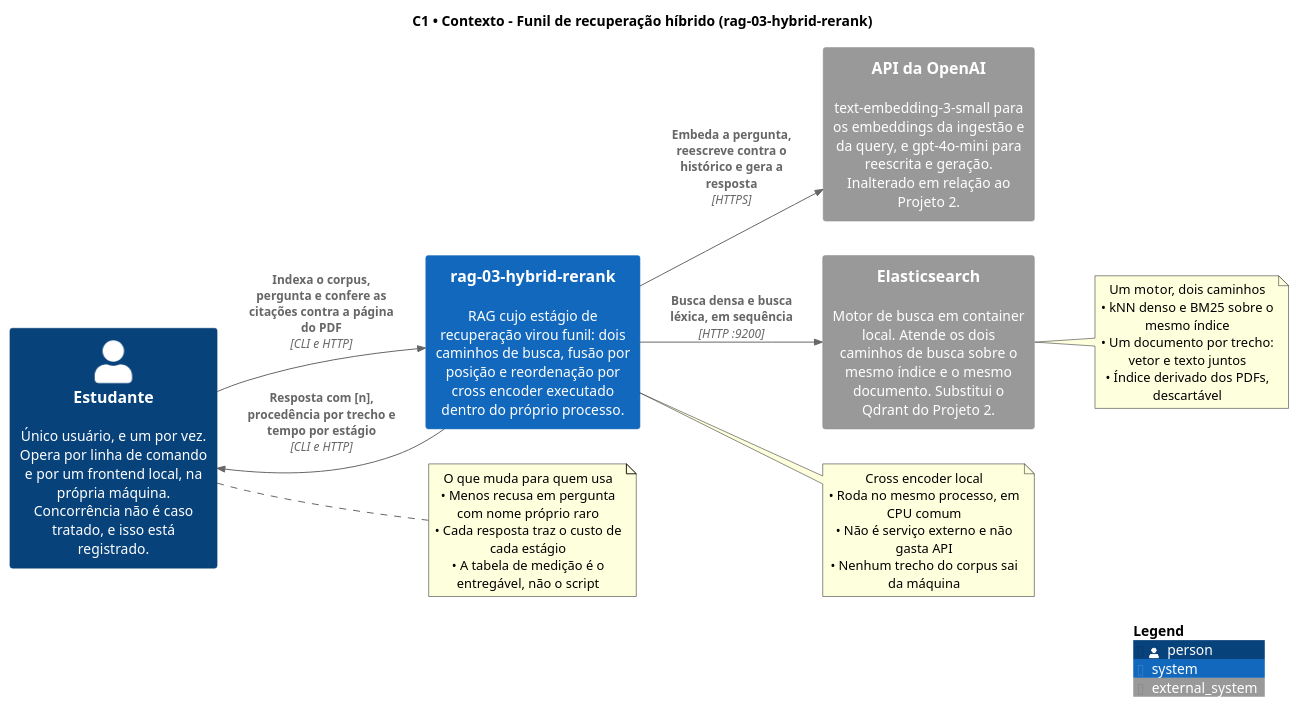
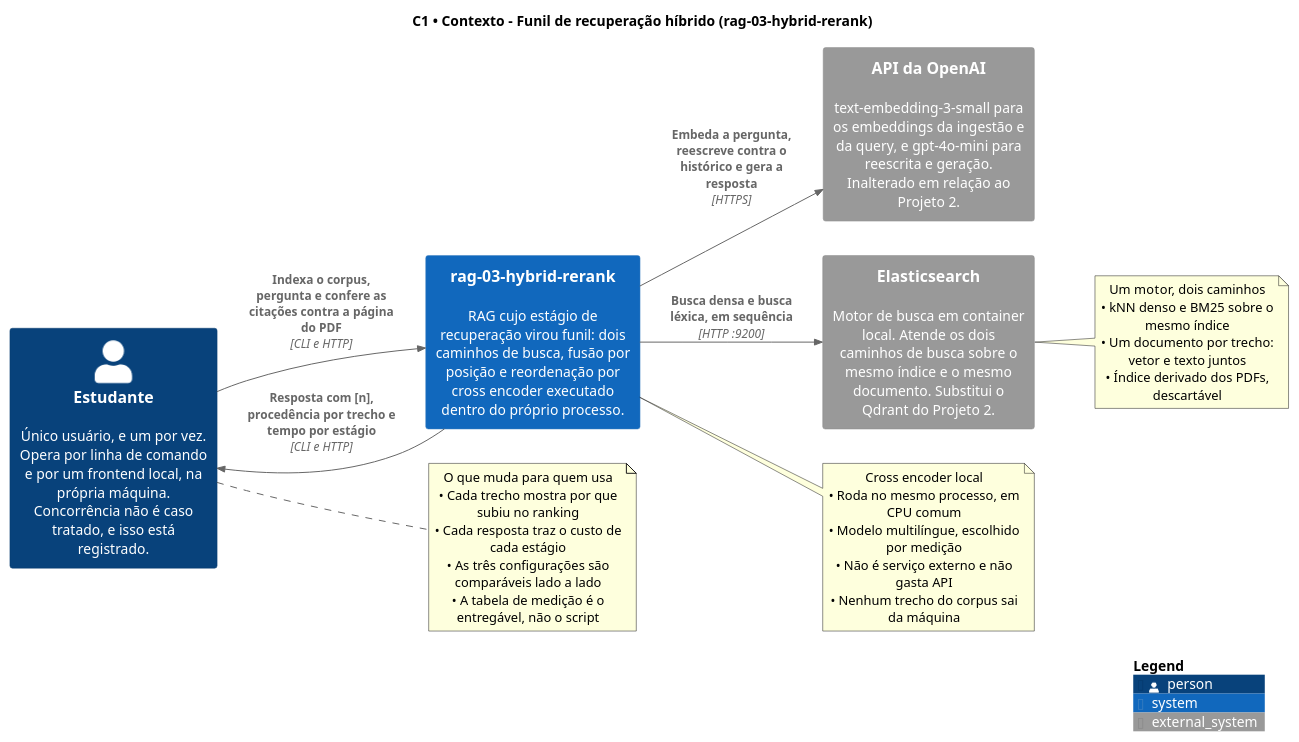
One commit to Arthur-Diego/projetos-rag changed the diagram in rag-03-hybrid-rerank/docs/domains/rag/diagrams/c4/contexto.puml. Above: the diagram before and after it, drawn with PlantUML. The commit also changed 11 other files, not shown here.

```diff
--- a/rag-03-hybrid-rerank/docs/domains/rag/diagrams/c4/contexto.puml
+++ b/rag-03-hybrid-rerank/docs/domains/rag/diagrams/c4/contexto.puml
@@ -1,44 +1,46 @@
 @startuml contexto
 !pragma charset UTF-8
 !include https://raw.githubusercontent.com/plantuml-stdlib/C4-PlantUML/v2.10.0/C4_Context.puml
 
 LAYOUT_LEFT_RIGHT()
 
 title C1 • Contexto - Funil de recuperação híbrido (rag-03-hybrid-rerank)
 
 Person(estudante, "Estudante", "Único usuário, e um por vez. Opera por linha de comando e por um frontend local, na própria máquina. Concorrência não é caso tratado, e isso está registrado.")
 
 System(rag, "rag-03-hybrid-rerank", "RAG cujo estágio de recuperação virou funil: dois caminhos de busca, fusão por posição e reordenação por cross encoder executado dentro do próprio processo.")
 
 System_Ext(openai, "API da OpenAI", "text-embedding-3-small para os embeddings da ingestão e da query, e gpt-4o-mini para reescrita e geração. Inalterado em relação ao Projeto 2.")
 
 System_Ext(elasticsearch, "Elasticsearch", "Motor de busca em container local. Atende os dois caminhos de busca sobre o mesmo índice e o mesmo documento. Substitui o Qdrant do Projeto 2.")
 
 Rel(estudante, rag, "Indexa o corpus, pergunta e confere as citações contra a página do PDF", "CLI e HTTP")
 Rel(rag, openai, "Embeda a pergunta, reescreve contra o histórico e gera a resposta", "HTTPS")
 Rel(rag, elasticsearch, "Busca densa e busca léxica, em sequência", "HTTP :9200")
 Rel_Back(estudante, rag, "Resposta com [n], procedência por trecho e tempo por estágio", "CLI e HTTP")
 
 note right of rag
   Cross encoder local
   • Roda no mesmo processo, em CPU comum
+  • Modelo multilíngue, escolhido por medição
   • Não é serviço externo e não gasta API
   • Nenhum trecho do corpus sai da máquina
 end note
 
 note right of elasticsearch
   Um motor, dois caminhos
   • kNN denso e BM25 sobre o mesmo índice
   • Um documento por trecho: vetor e texto juntos
   • Índice derivado dos PDFs, descartável
 end note
 
 note right of estudante
   O que muda para quem usa
-  • Menos recusa em pergunta com nome próprio raro
+  • Cada trecho mostra por que subiu no ranking
   • Cada resposta traz o custo de cada estágio
+  • As três configurações são comparáveis lado a lado
   • A tabela de medição é o entregável, não o script
 end note
 
 SHOW_LEGEND()
 @enduml
```
